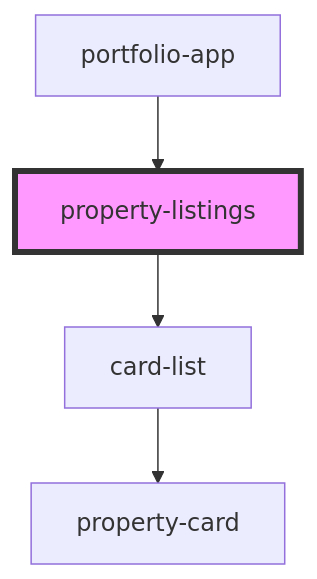
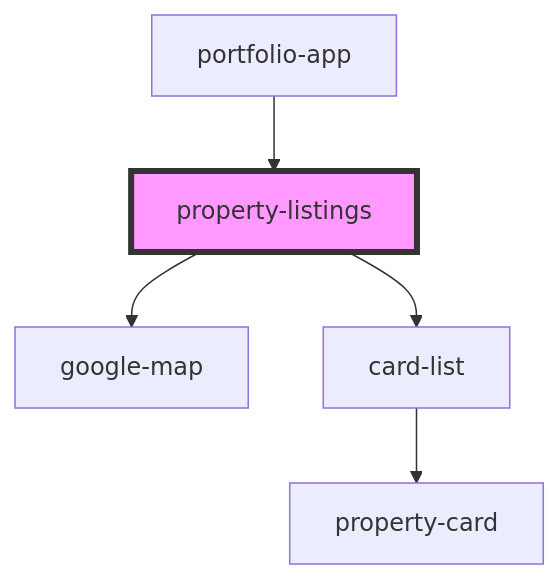
The diagram in src/components/property-listings/readme.md (bdanzer/bixbyland-stencil), drawn with Mermaid before and after one commit. The commit also changed other lines of this file and 83 other files, not shown here.

````diff
--- a/src/components/property-listings/readme.md
+++ b/src/components/property-listings/readme.md
@@ -26,7 +29,8 @@
 ```mermaid
 graph TD;
+  property-listings --> google-map
   property-listings --> card-list
   card-list --> property-card
   portfolio-app --> property-listings
   style property-listings fill:#f9f,stroke:#333,stroke-width:4px
 ```
````
